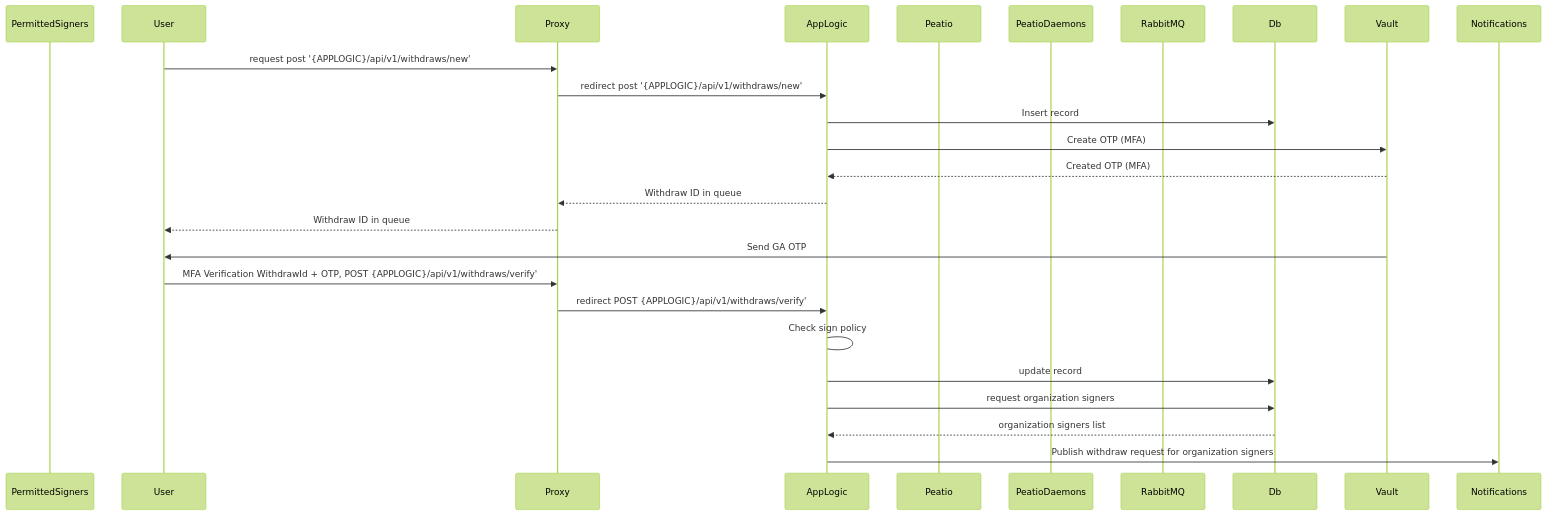
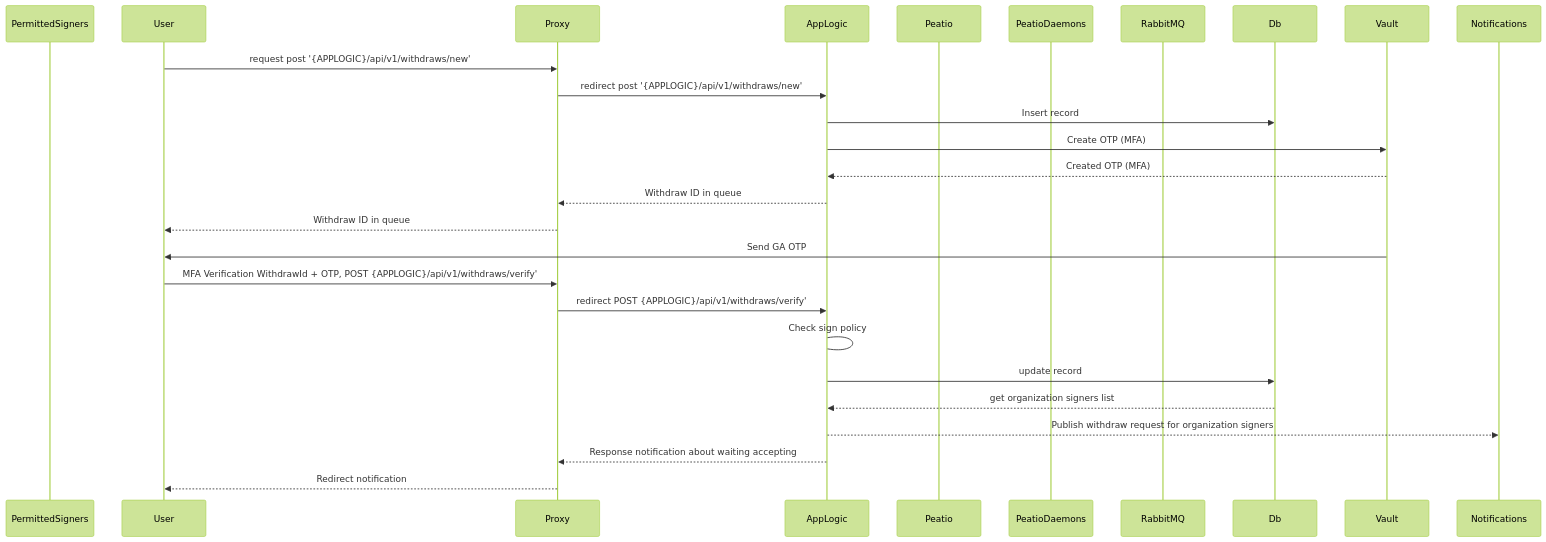
One commit to sergii-savchenko/rkcp_arch changed the first of 4 diagrams in content/4.011.withdraw.md. Above: the diagram before and after it, drawn with Mermaid (forest theme). The commit also changed other lines of this file, not shown here.

Commit message:
withdraw dfd need check

````diff
--- a/content/4.011.withdraw.md
+++ b/content/4.011.withdraw.md
@@ -5,33 +5,34 @@
 ```mermaid
 sequenceDiagram
     participant PermittedSigners
     participant User
     participant Proxy
     participant AppLogic
     participant Peatio
     participant PeatioDaemons
     participant RabbitMQ
     participant Db
     participant Vault
     participant Notifications
 
     User->>Proxy: request post '{APPLOGIC}/api/v1/withdraws/new'
     Proxy->>AppLogic: redirect post '{APPLOGIC}/api/v1/withdraws/new'
     AppLogic->>Db: Insert record
 
     AppLogic->>Vault: Create OTP (MFA)
     Vault-->>AppLogic: Created OTP (MFA)
     AppLogic-->>Proxy: Withdraw ID in queue
     Proxy-->>User: Withdraw ID in queue
 
     Vault->>User: Send GA OTP
     User->>Proxy: MFA Verification WithdrawId + OTP, POST {APPLOGIC}/api/v1/withdraws/verify'
     Proxy->>AppLogic: redirect POST {APPLOGIC}/api/v1/withdraws/verify'
 
     AppLogic->AppLogic: Check sign policy
 
     AppLogic->>Db: update record
-    AppLogic->>Db: request organization signers
-    Db-->>AppLogic: organization signers list
-    AppLogic->>Notifications: Publish withdraw request for organization signers
+    Db-->>AppLogic: get organization signers list
+    AppLogic-->>Notifications: Publish withdraw request for organization signers
+    AppLogic-->>Proxy: Response notification about waiting accepting
+    Proxy-->>User: Redirect notification
 ```
````
